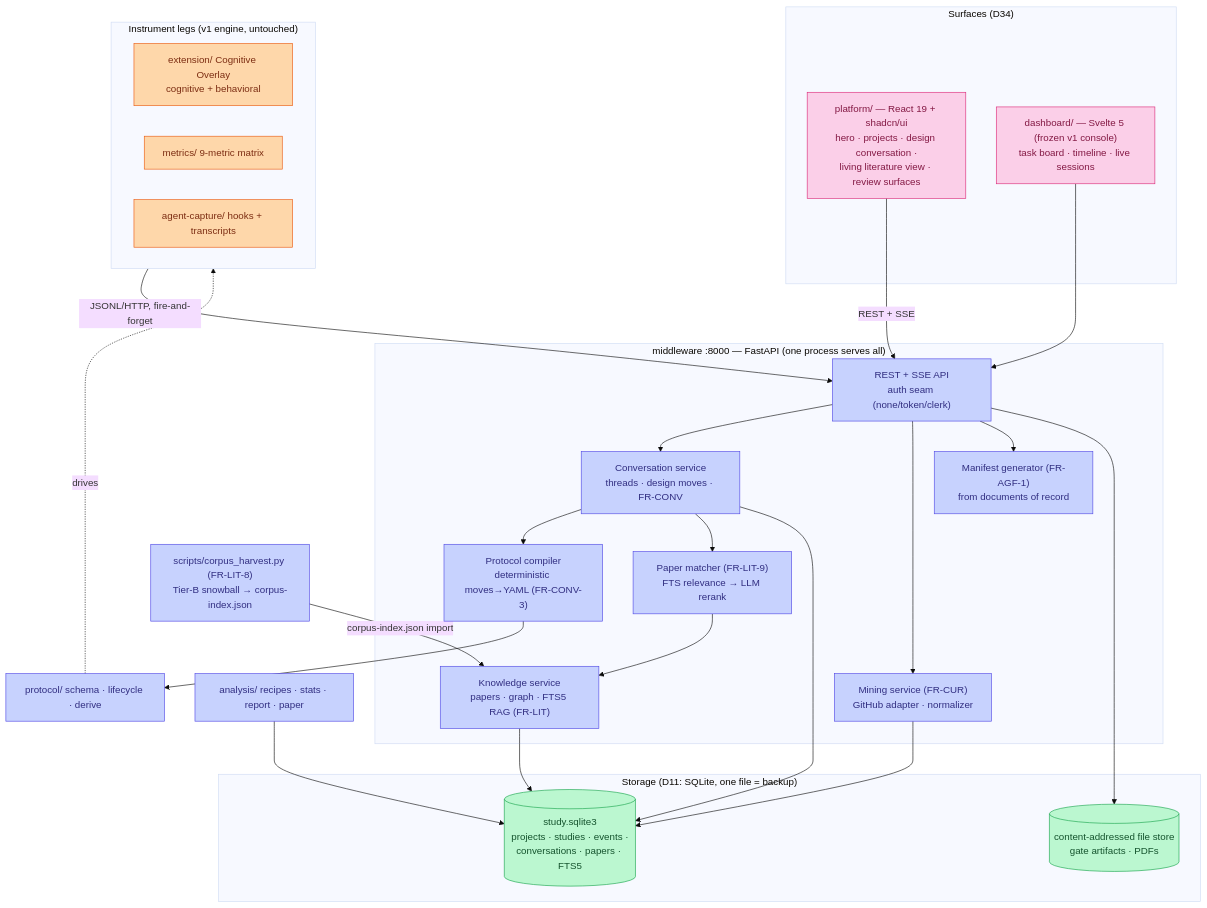
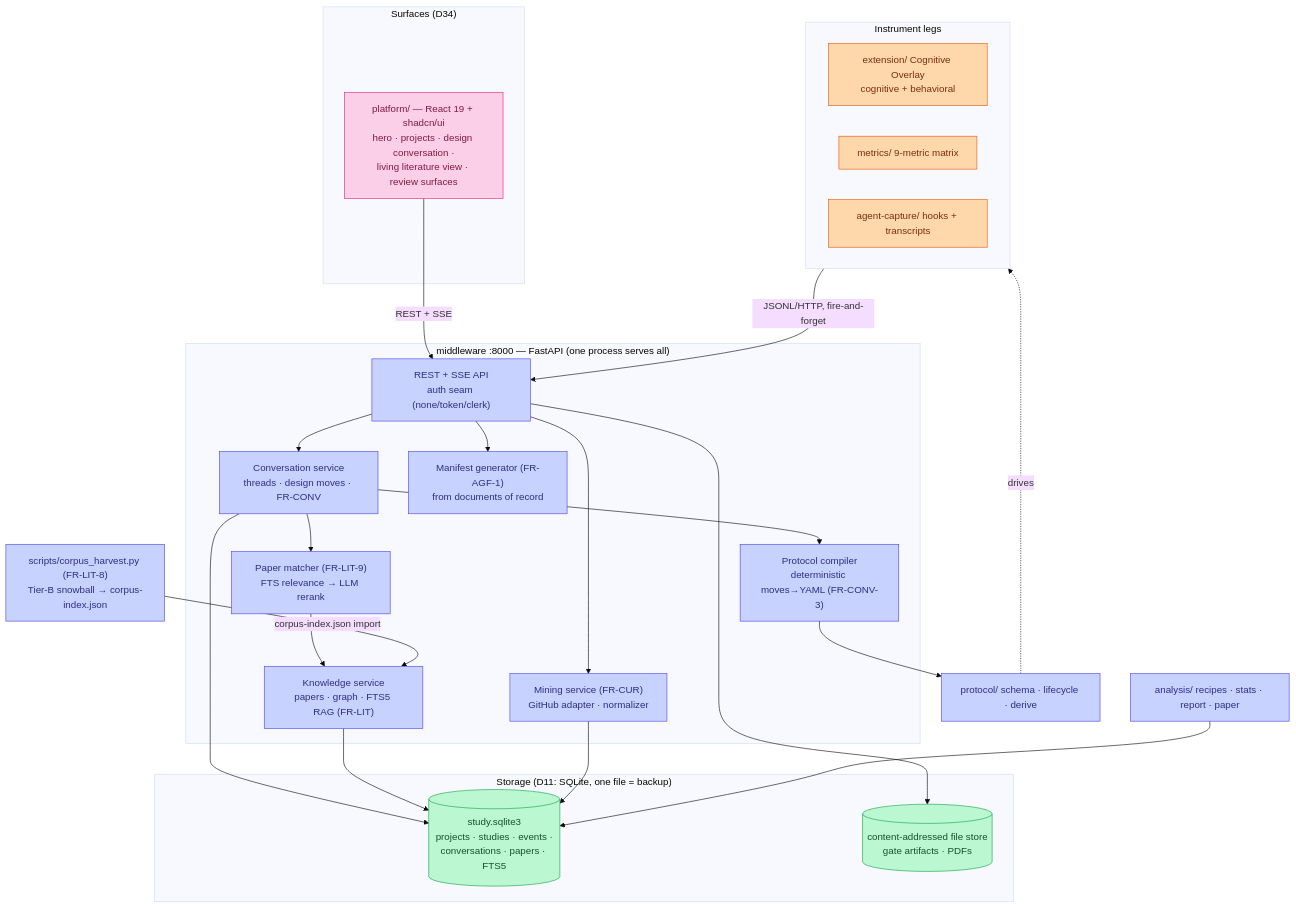
Before and after one commit to idreesshaikh/human-ai-studies-framework: the second of 3 diagrams in docs/design/architecture.md, drawn with Mermaid (base theme). The commit also changed other lines of this file and 344 other files, not shown here.

First line of the commit message:
Collapse to one version: retire dashboard, unify docs, rebuild roadmap 01–18

````diff
--- a/docs/design/architecture.md
+++ b/docs/design/architecture.md
@@ -46,50 +46,48 @@
 ```mermaid
 flowchart TB
     classDef ui fill:#fbcfe8,stroke:#db2777,color:#831843
     classDef svc fill:#c7d2fe,stroke:#4f46e5,color:#312e81
     classDef store fill:#bbf7d0,stroke:#16a34a,color:#14532d
     classDef edge fill:#fed7aa,stroke:#ea580c,color:#7c2d12
 
     subgraph SURFACES["Surfaces (D34)"]
         PLAT["platform/ — React 19 + shadcn/ui<br/>hero · projects · design conversation ·<br/>living literature view · review surfaces"]:::ui
-        DASH["dashboard/ — Svelte 5 (frozen v1 console)<br/>task board · timeline · live sessions"]:::ui
     end
 
     subgraph MW["middleware :8000 — FastAPI (one process serves all)"]
         API["REST + SSE API<br/>auth seam (none/token/clerk)"]:::svc
         CONV["Conversation service<br/>threads · design moves · FR-CONV"]:::svc
         COMPILER["Protocol compiler<br/>deterministic moves→YAML (FR-CONV-3)"]:::svc
         MATCH["Paper matcher (FR-LIT-9)<br/>FTS relevance → LLM rerank"]:::svc
         KNOW["Knowledge service<br/>papers · graph · FTS5 RAG (FR-LIT)"]:::svc
         MINE["Mining service (FR-CUR)<br/>GitHub adapter · normalizer"]:::svc
         MANIFEST["Manifest generator (FR-AGF-1)<br/>from documents of record"]:::svc
     end
 
     subgraph STORES["Storage (D11: SQLite, one file = backup)"]
         DB[("study.sqlite3<br/>projects · studies · events ·<br/>conversations · papers · FTS5")]:::store
         FILES[("content-addressed file store<br/>gate artifacts · PDFs")]:::store
     end
 
-    subgraph LEGS["Instrument legs (v1 engine, untouched)"]
+    subgraph LEGS["Instrument legs"]
         EXT["extension/ Cognitive Overlay<br/>cognitive + behavioral"]:::edge
         MET["metrics/ 9-metric matrix"]:::edge
         AGC["agent-capture/ hooks + transcripts"]:::edge
     end
 
     HARVEST["scripts/corpus_harvest.py (FR-LIT-8)<br/>Tier-B snowball → corpus-index.json"]:::svc
     ANA["analysis/ recipes · stats · report · paper"]:::svc
     PROTO["protocol/ schema · lifecycle · derive"]:::svc
 
     PLAT -->|REST + SSE| API
-    DASH --> API
     API --> CONV --> COMPILER --> PROTO
     CONV --> MATCH --> KNOW
     API --> MINE
     API --> MANIFEST
     CONV & KNOW & MINE --> DB
     API --> FILES
     LEGS -->|JSONL/HTTP, fire-and-forget| API
     HARVEST -->|corpus-index.json import| KNOW
     ANA --> DB
     PROTO -.->|drives| LEGS
 ```
````
